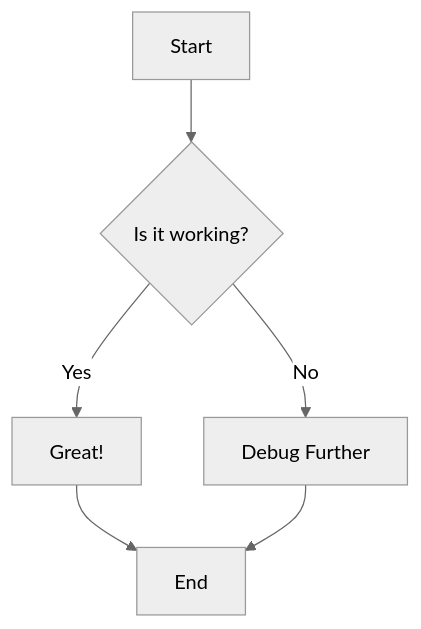
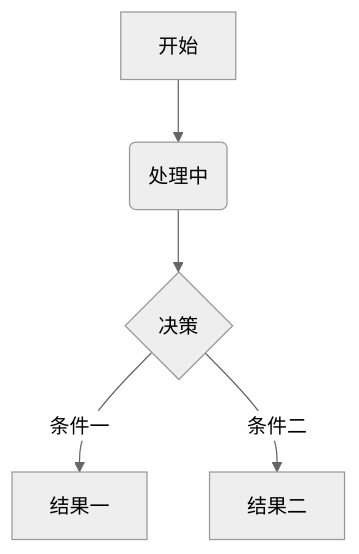
The first of 2 diagrams in docs/index.md (Crys-Chen/ic-guide), drawn with Mermaid (neutral theme) before and after one commit. The commit also changed other lines of this file and 1 other file, not shown here.

Commit message:
test mermaid

````diff
--- a/docs/index.md
+++ b/docs/index.md
@@ -35,8 +17,7 @@
-    <div class="mermaid">
-    graph TD
-        A[Start] --> B{Is it working?};
-        B -->|Yes| C[Great!];
-        B -->|No| D[Debug Further];
-        C --> E[End];
-        D --> E;
-    </div>
+```mermaid
+graph TD
+    A[开始] --> B(处理中);
+    B --> C{决策};
+    C -->|条件一| D[结果一];
+    C -->|条件二| E[结果二];
+```
````
